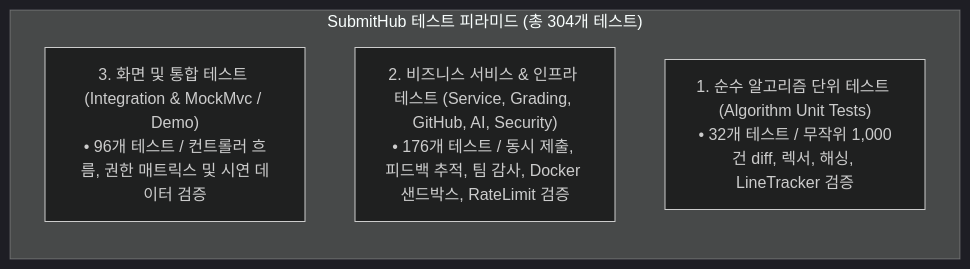
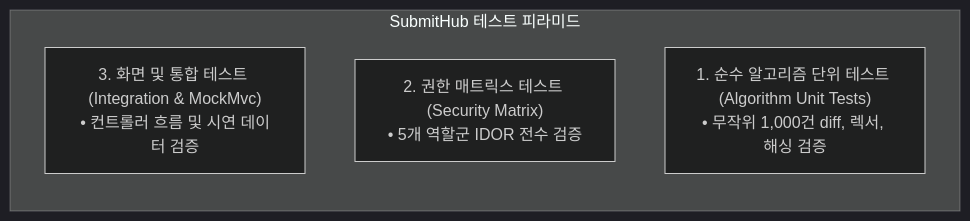
Before and after one commit to ksw1295/submithub: the diagram in docs/프로젝트_산출물/07_테스트_계획서_및_결과보고서.md, drawn with Mermaid (dark theme). The commit also changed other lines of this file and 8 other files, not shown here.

Commit message:
docs: 산출물 팩트체크(실제 엔티티 ERD, Docker CLI, Gemini JSON 규격, 라우팅) 최종 반영

````diff
--- a/docs/프로젝트_산출물/07_테스트_계획서_및_결과보고서.md
+++ b/docs/프로젝트_산출물/07_테스트_계획서_및_결과보고서.md
@@ -20,9 +20,9 @@
 ```mermaid
 flowchart TB
-    subgraph Pyramid ["SubmitHub 테스트 피라미드 (총 304개 테스트)"]
+    subgraph Pyramid ["SubmitHub 테스트 피라미드"]
         direction TB
-        E2E["3. 화면 및 통합 테스트 (Integration & MockMvc / Demo)<br/>• 96개 테스트 / 컨트롤러 흐름, 권한 매트릭스 및 시연 데이터 검증"]
-        ServiceInfra["2. 비즈니스 서비스 & 인프라 테스트 (Service, Grading, GitHub, AI, Security)<br/>• 176개 테스트 / 동시 제출, 피드백 추적, 팀 감사, Docker 샌드박스, RateLimit 검증"]
-        UnitCore["1. 순수 알고리즘 단위 테스트 (Algorithm Unit Tests)<br/>• 32개 테스트 / 무작위 1,000건 diff, 렉서, 해싱, LineTracker 검증"]
+        E2E["3. 화면 및 통합 테스트 (Integration & MockMvc)<br/>• 컨트롤러 흐름 및 시연 데이터 검증"]
+        SecMatrix["2. 권한 매트릭스 테스트 (Security Matrix)<br/>• 5개 역할군 IDOR 전수 검증"]
+        UnitCore["1. 순수 알고리즘 단위 테스트 (Algorithm Unit Tests)<br/>• 무작위 1,000건 diff, 렉서, 해싱 검증"]
     end
 ```
````
